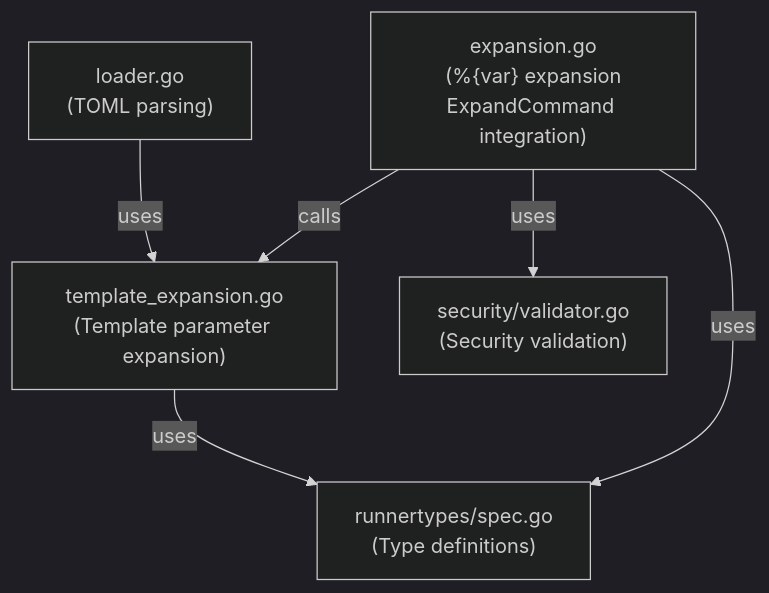
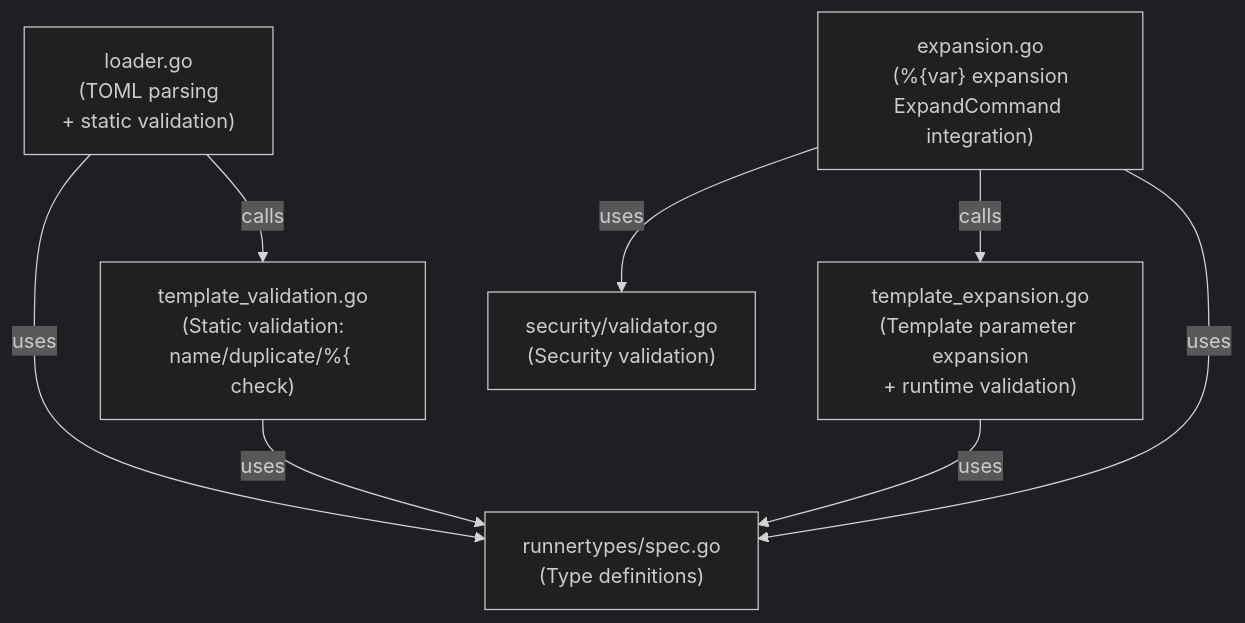
The third of 11 diagrams in docs/tasks/0062_command_templates/02_architecture.md (isseis/go-safe-cmd-runner), drawn with Mermaid (dark theme) before and after one commit. The commit also changed other lines of this file, not shown here.

First line of the commit message:
docs(templates): clarify validation timing with Fail-Fast principle

````diff
--- a/docs/tasks/0062_command_templates/02_architecture.md
+++ b/docs/tasks/0062_command_templates/02_architecture.md
@@ -79,14 +133,17 @@
 ```mermaid
 graph TB
-    A["loader.go<br/>(TOML parsing)"]
+    A["loader.go<br/>(TOML parsing<br/>+ static validation)"]
     B["runnertypes/spec.go<br/>(Type definitions)"]
-    C["template_expansion.go<br/>(Template parameter expansion)"]
-    D["expansion.go<br/>(%{var} expansion<br/>ExpandCommand integration)"]
-    E["security/validator.go<br/>(Security validation)"]
+    C["template_validation.go<br/>(Static validation:<br/>name/duplicate/%{ check)"]
+    D["template_expansion.go<br/>(Template parameter expansion<br/>+ runtime validation)"]
+    E["expansion.go<br/>(%{var} expansion<br/>ExpandCommand integration)"]
+    F["security/validator.go<br/>(Security validation)"]
 
-    A -->|uses| C
+    A -->|calls| C
+    A -->|uses| B
     C -->|uses| B
+    E -->|calls| D
     D -->|uses| B
-    D -->|calls| C
-    D -->|uses| E
+    E -->|uses| B
+    E -->|uses| F
 ```
````
